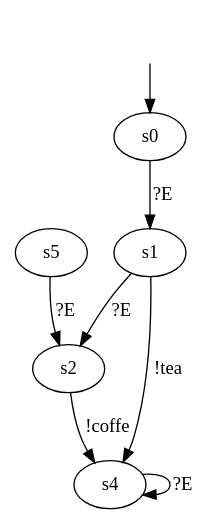
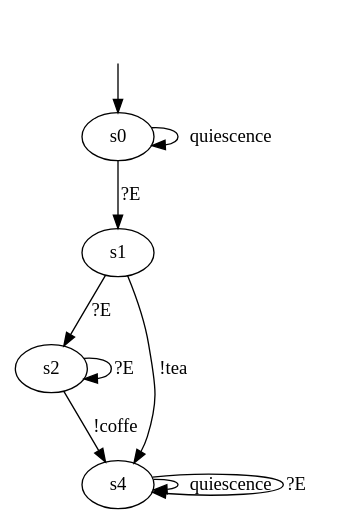
One commit to haubitzer/AALpy changed the diagram in DotModels/Iolts/ioco/11_ioco_P.dot. Above: the diagram before and after it, drawn with Graphviz. The commit also changed 28 other files, not shown here.

```diff
--- a/DotModels/Iolts/ioco/11_ioco_P.dot
+++ b/DotModels/Iolts/ioco/11_ioco_P.dot
@@ -1,18 +1,16 @@
-digraph learnedModel {
+digraph "../../DotModels/Iolts/ioco/11_ioco_P" {
 s0 [label=s0];
 s1 [label=s1];
 s2 [label=s2];
 s4 [label=s4];
-s5 [label=s5];
-
+s0 -> s0  [label=quiescence];
 s0 -> s1  [label="?E"];
 s1 -> s2  [label="?E"];
 s1 -> s4  [label="!tea"];
 s2 -> s4  [label="!coffe"];
-
+s2 -> s2  [label="?E"];
+s4 -> s4  [label=quiescence];
 s4 -> s4  [label="?E"];
-
-s5 -> s2  [label="?E"];
 __start0 [label="", shape=none];
 __start0 -> s0  [label=""];
 }
```
